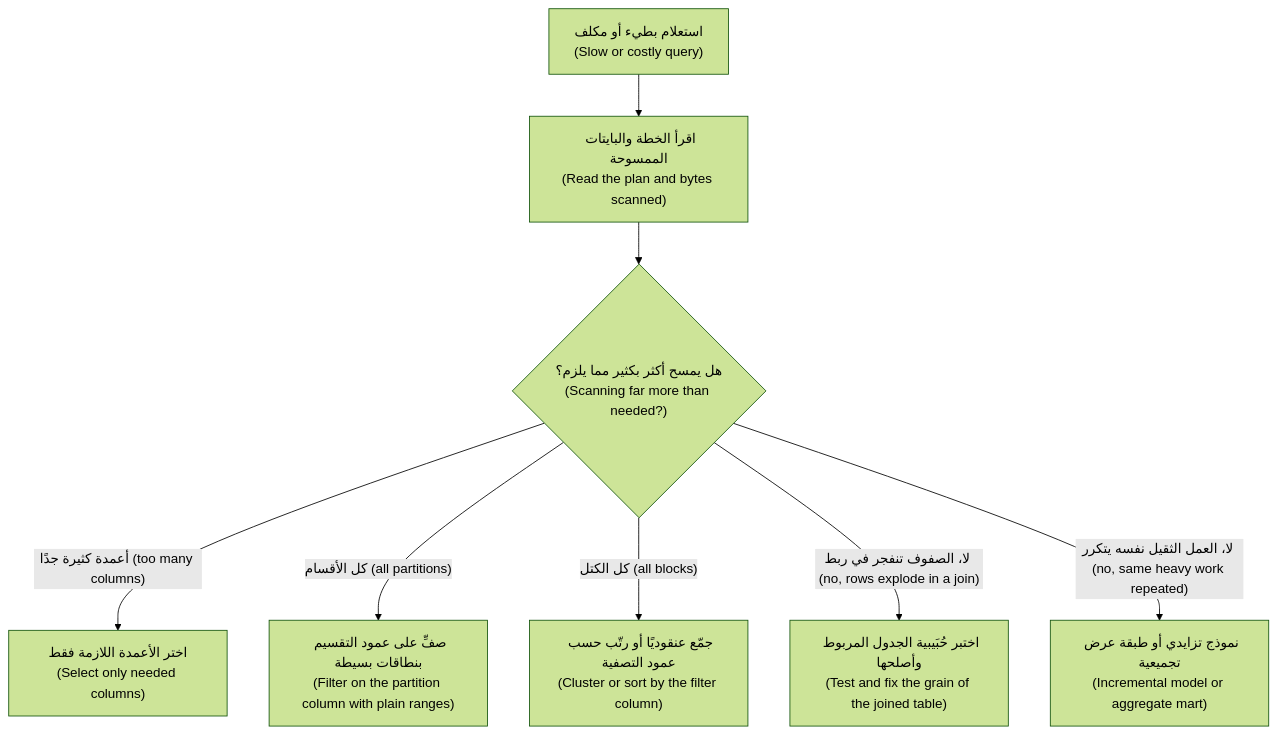
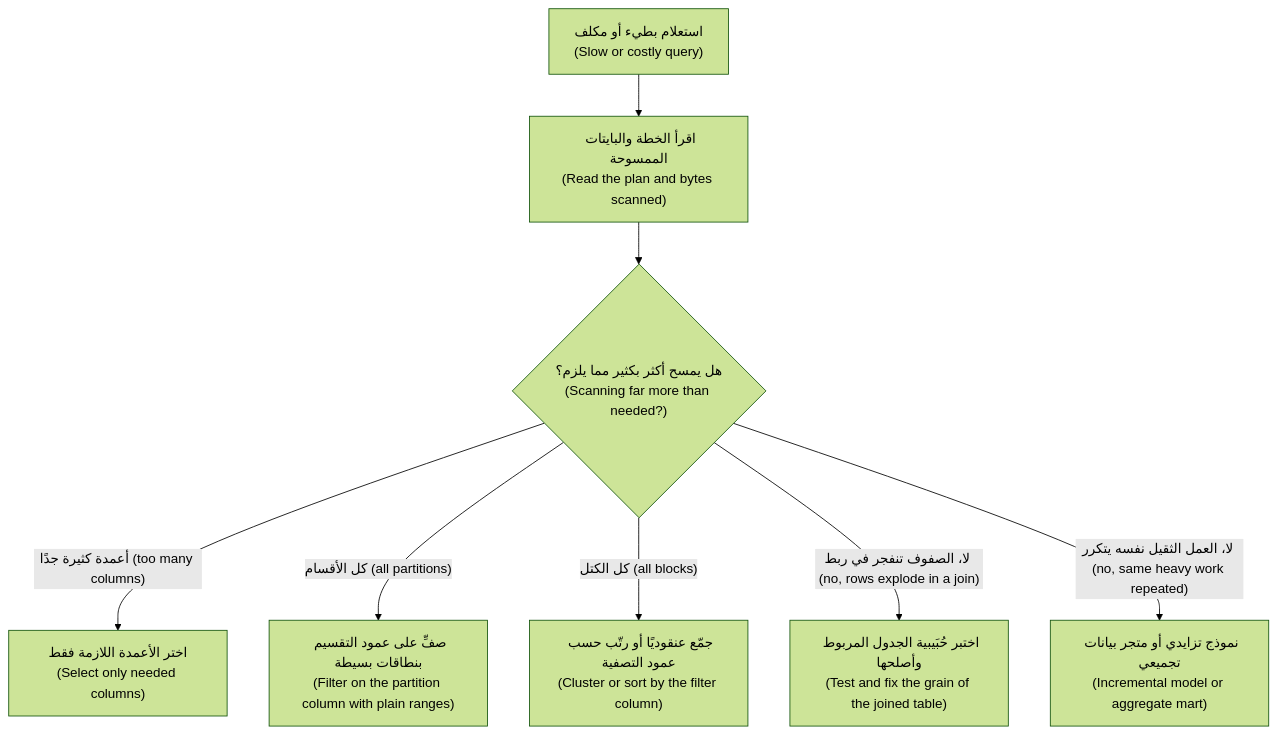
One commit to Tamoura/system-design-for-vibe-coders changed the third of 3 diagrams in data/modules/03-transform-quality.ar.md. Above: the diagram before and after it, drawn with Mermaid (forest theme). The commit also changed other lines of this file and 335 other files, not shown here.

````diff
--- a/data/modules/03-transform-quality.ar.md
+++ b/data/modules/03-transform-quality.ar.md
@@ -859,10 +859,10 @@
 ```mermaid
 flowchart TD
     Q["استعلام بطيء أو مكلف<br/>(Slow or costly query)"] --> P["اقرأ الخطة والبايتات الممسوحة<br/>(Read the plan and bytes scanned)"]
     P --> C{"هل يمسح أكثر بكثير مما يلزم؟<br/>(Scanning far more than needed?)"}
     C -->|"أعمدة كثيرة جدًا (too many columns)"| F1["اختر الأعمدة اللازمة فقط<br/>(Select only needed columns)"]
     C -->|"كل الأقسام (all partitions)"| F2["صفِّ على عمود التقسيم بنطاقات بسيطة<br/>(Filter on the partition column with plain ranges)"]
     C -->|"كل الكتل (all blocks)"| F3["جمّع عنقوديًا أو رتّب حسب عمود التصفية<br/>(Cluster or sort by the filter column)"]
     C -->|"لا، الصفوف تنفجر في ربط (no, rows explode in a join)"| F4["اختبر حُبَيبية الجدول المربوط وأصلحها<br/>(Test and fix the grain of the joined table)"]
-    C -->|"لا، العمل الثقيل نفسه يتكرر (no, same heavy work repeated)"| F5["نموذج تزايدي أو طبقة عرض تجميعية<br/>(Incremental model or aggregate mart)"]
+    C -->|"لا، العمل الثقيل نفسه يتكرر (no, same heavy work repeated)"| F5["نموذج تزايدي أو متجر بيانات تجميعي<br/>(Incremental model or aggregate mart)"]
 ```
````
